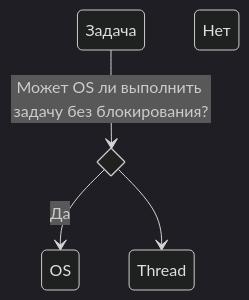
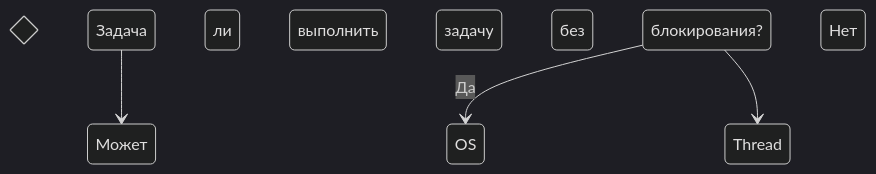
One commit to zohidulla/training-skills changed the diagram in Udemy/Node.js/README.md. Above: the diagram before and after it, drawn with Mermaid (dark theme).

Commit message:
Event Loop LibUV

````diff
--- a/Udemy/Node.js/README.md
+++ b/Udemy/Node.js/README.md
@@ -224,7 +224,7 @@
 ```mermaid
 stateDiagram-v2
 state if_state <<choice>>
-Задача --> if_state: Может OS ли выполнить задачу без блокирования?
-if_state --> OS: Да
-if_state --> Thread Pool : Нет
+Задача --> Может ли OS выполнить задачу без блокирования?
+Может ли OS выполнить задачу без блокирования? --> OS: Да
+Может ли OS выполнить задачу без блокирования? --> Thread Pool: Нет
 ```
````
